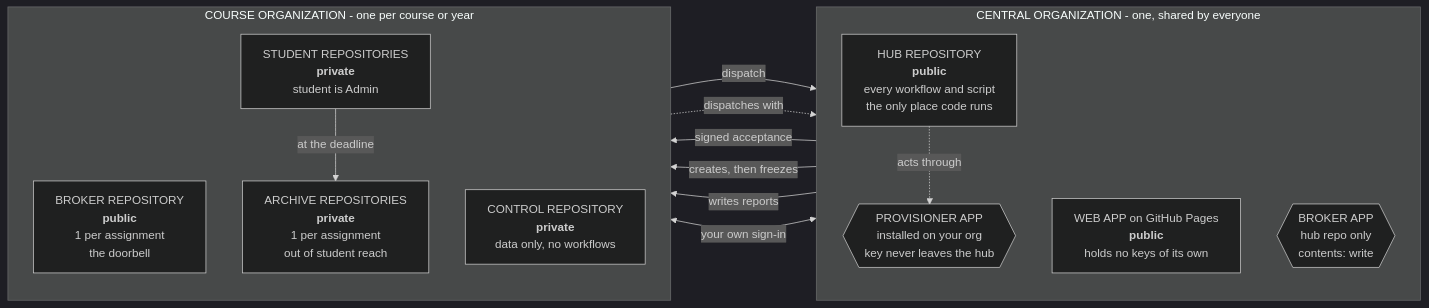
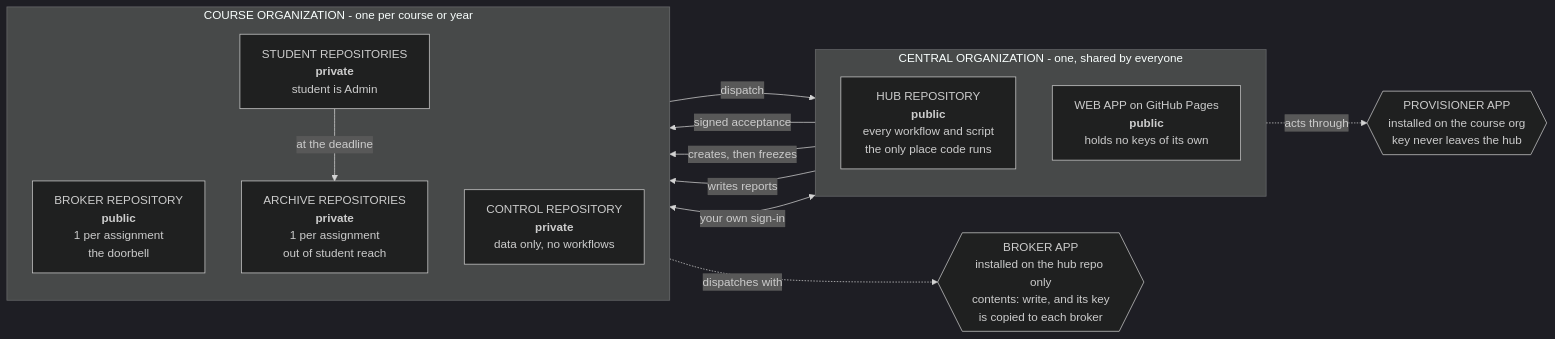
The second of 2 diagrams in README.md (PXL-Digital-Application-Samples/pxl-classroom), drawn with Mermaid (dark theme) before and after one commit.

````diff
--- a/README.md
+++ b/README.md
@@ -188,27 +188,28 @@
 ```mermaid
 flowchart LR
     subgraph Central["CENTRAL ORGANIZATION - one, shared by everyone"]
         direction TB
         Hub["HUB REPOSITORY<br/><b>public</b><br/>every workflow and script<br/>the only place code runs"]
         Pages["WEB APP on GitHub Pages<br/><b>public</b><br/>holds no keys of its own"]
-        ProvApp{{"PROVISIONER APP<br/>installed on your org<br/>key never leaves the hub"}}
-        BrokApp{{"BROKER APP<br/>hub repo only<br/>contents: write"}}
     end
+
+    ProvApp{{"PROVISIONER APP<br/>installed on the course org<br/>key never leaves the hub"}}
+    BrokApp{{"BROKER APP<br/>installed on the hub repo only<br/>contents: write, and its key<br/>is copied to each broker"}}
 
     subgraph Course["COURSE ORGANIZATION - one per course or year"]
         direction TB
         Broker["BROKER REPOSITORY<br/><b>public</b><br/>1 per assignment<br/>the doorbell"]
         Control["CONTROL REPOSITORY<br/><b>private</b><br/>data only, no workflows"]
         Student["STUDENT REPOSITORIES<br/><b>private</b><br/>student is Admin"]
         Archive["ARCHIVE REPOSITORIES<br/><b>private</b><br/>1 per assignment<br/>out of student reach"]
     end
 
     Pages -->|"signed acceptance"| Broker
     Broker -->|"dispatch"| Hub
     Hub -->|"creates, then freezes"| Student
     Hub -->|"writes reports"| Control
     Student -->|"at the deadline"| Archive
     Pages <-->|"your own sign-in"| Control
     Hub -.->|"acts through"| ProvApp
     Broker -.->|"dispatches with"| BrokApp
 ```
````
